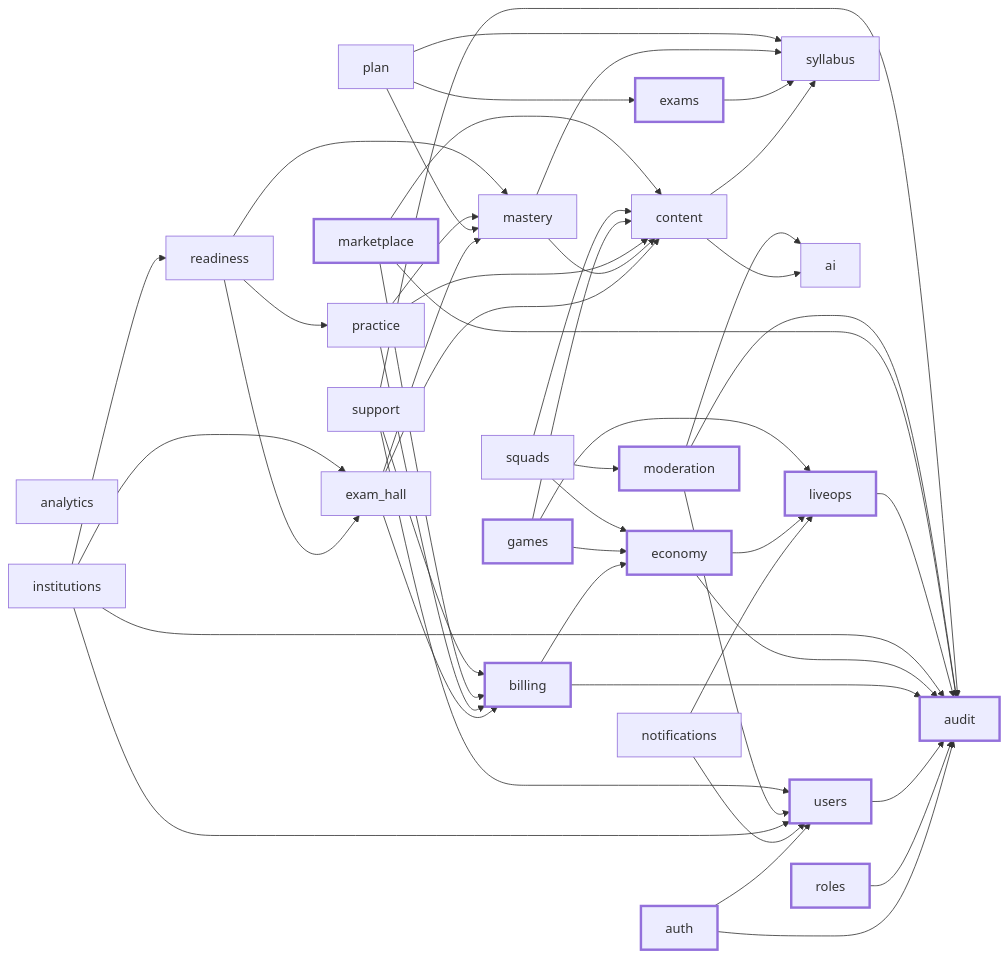
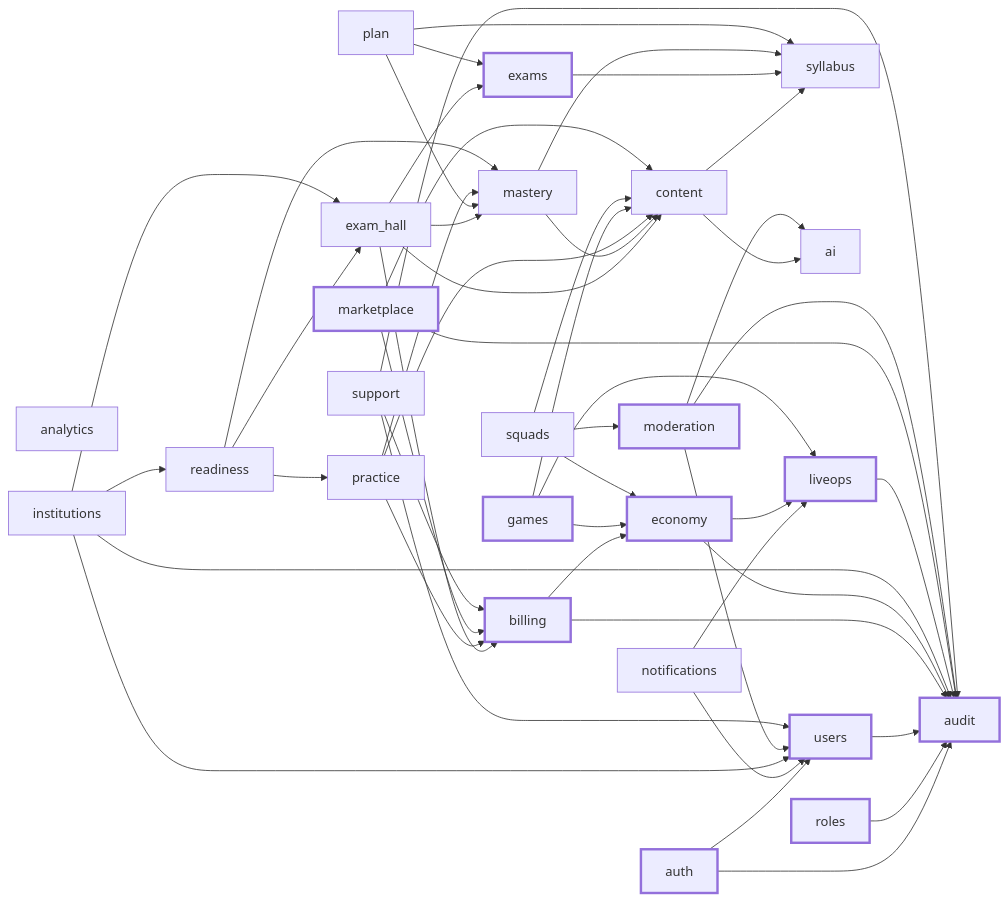
The diagram in docs/architecture/modules.md (hellomey/turbo), drawn with Mermaid before and after one commit. The commit also changed other lines of this file and 437 other files, not shown here.

````diff
--- a/docs/architecture/modules.md
+++ b/docs/architecture/modules.md
@@ -7,65 +7,66 @@
 ```mermaid
 graph LR
   audit
   auth --> users
   auth --> audit
   content --> syllabus
   content --> ai
   exams --> syllabus
   roles --> audit
   syllabus
   users --> audit
   exam_hall --> content
   exam_hall --> mastery
   exam_hall --> billing
+  exam_hall --> exams
   mastery --> syllabus
   mastery --> content
   notifications --> users
   notifications --> liveops
   plan --> syllabus
   plan --> mastery
   plan --> exams
   practice --> content
   practice --> mastery
   practice --> billing
   readiness --> mastery
   readiness --> practice
   readiness --> exam_hall
   ai
   billing --> economy
   billing --> audit
   economy --> audit
   economy --> liveops
   games --> content
   games --> economy
   games --> liveops
   squads --> content
   squads --> economy
   squads --> moderation
   analytics
   institutions --> users
   institutions --> exam_hall
   institutions --> readiness
   institutions --> audit
   liveops --> audit
   marketplace --> content
   marketplace --> billing
   marketplace --> audit
   moderation --> users
   moderation --> ai
   moderation --> audit
   support --> users
   support --> billing
   support --> audit
   style audit stroke-width:3px
   style auth stroke-width:3px
   style exams stroke-width:3px
   style roles stroke-width:3px
   style users stroke-width:3px
   style billing stroke-width:3px
   style economy stroke-width:3px
   style games stroke-width:3px
   style liveops stroke-width:3px
   style marketplace stroke-width:3px
   style moderation stroke-width:3px
 ```
````
